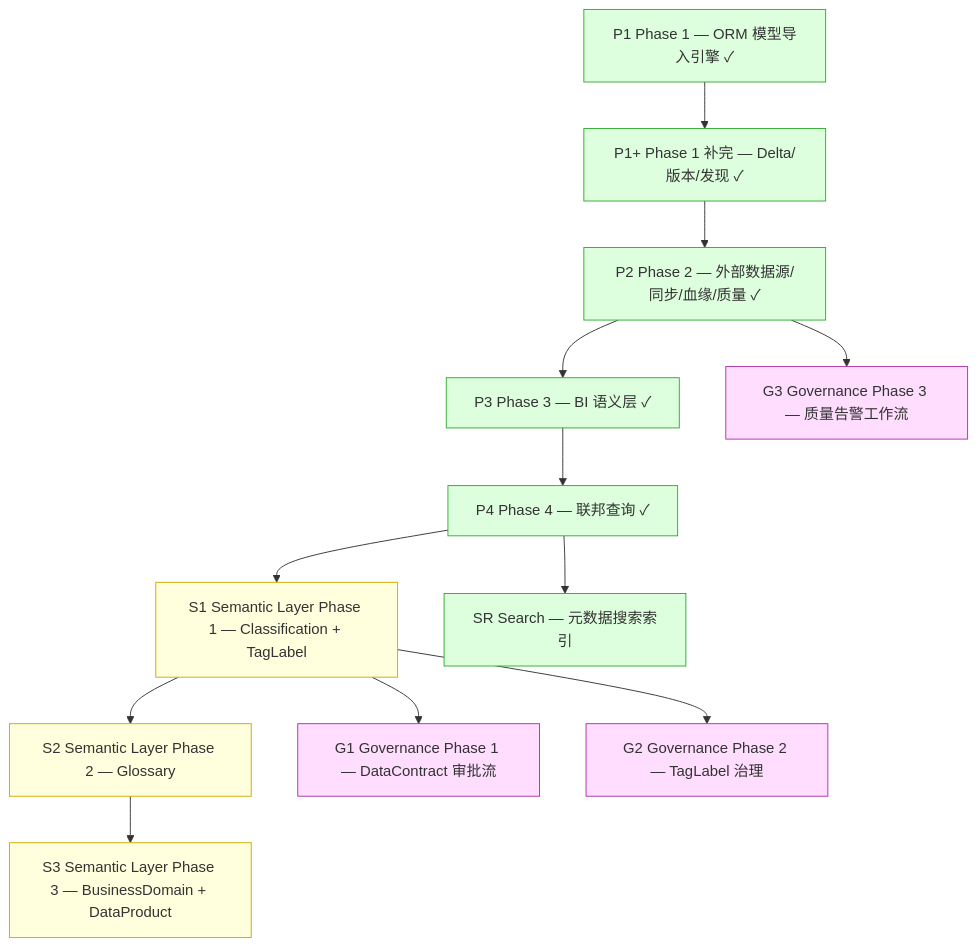
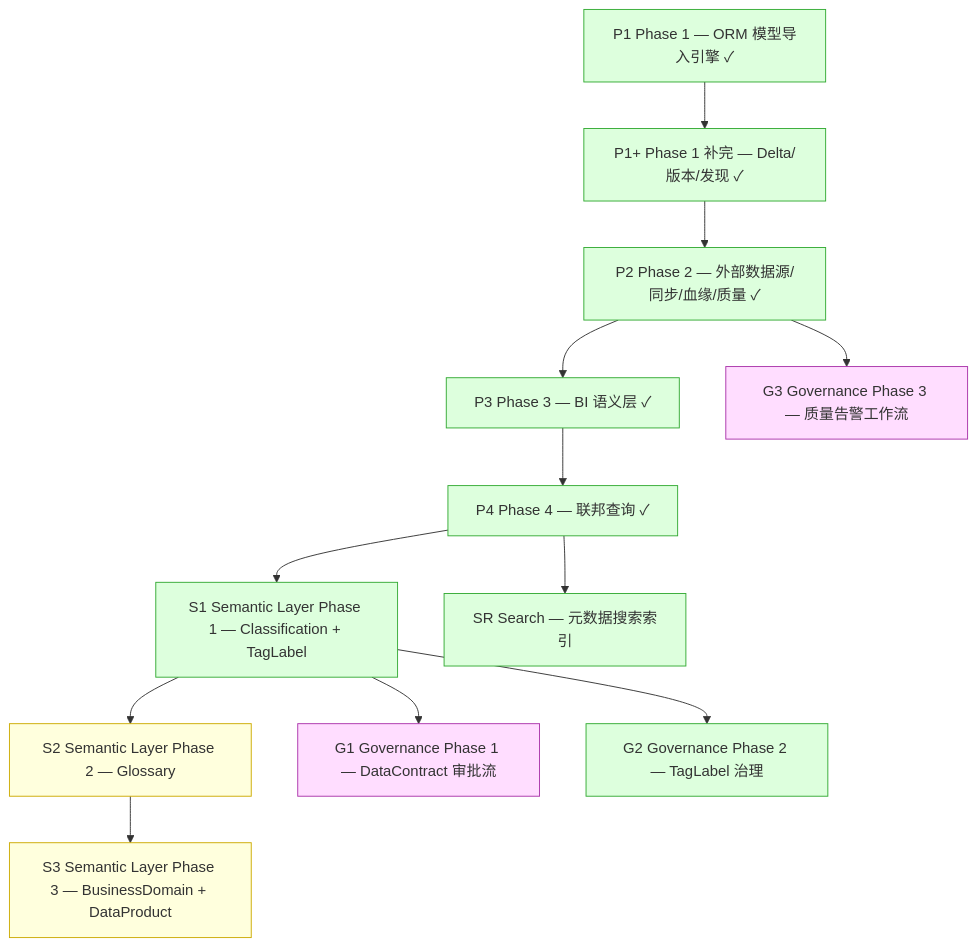
The diagram in ai-dev/design/nop-metadata/nop-metadata-roadmap.md (entropy-cloud/nop-entropy), drawn with Mermaid before and after one commit. The commit also changed other lines of this file and 7 other files, not shown here.

````diff
--- a/ai-dev/design/nop-metadata/nop-metadata-roadmap.md
+++ b/ai-dev/design/nop-metadata/nop-metadata-roadmap.md
@@ -264,41 +266,41 @@
 ```mermaid
 graph TD
     P1["P1 Phase 1 — ORM 模型导入引擎 ✓"]
     P1P["P1+ Phase 1 补完 — Delta/版本/发现 ✓"]
     P2["P2 Phase 2 — 外部数据源/同步/血缘/质量 ✓"]
     P3["P3 Phase 3 — BI 语义层 ✓"]
     P4["P4 Phase 4 — 联邦查询 ✓"]
     S1["S1 Semantic Layer Phase 1 — Classification + TagLabel"]
     S2["S2 Semantic Layer Phase 2 — Glossary"]
     S3["S3 Semantic Layer Phase 3 — BusinessDomain + DataProduct"]
     G1["G1 Governance Phase 1 — DataContract 审批流"]
     G2["G2 Governance Phase 2 — TagLabel 治理"]
     G3["G3 Governance Phase 3 — 质量告警工作流"]
     SR["SR Search — 元数据搜索索引"]
 
     P1 --> P1P
     P1P --> P2
     P2 --> P3
     P3 --> P4
 
     P4 --> S1
     P4 --> SR
     S1 --> S2
     S1 --> G1
     S1 --> G2
     S2 --> S3
     P2 --> G3
 
     style P1 fill:#dfd,stroke:#3a3
     style P1P fill:#dfd,stroke:#3a3
     style P2 fill:#dfd,stroke:#3a3
     style P3 fill:#dfd,stroke:#3a3
     style P4 fill:#dfd,stroke:#3a3
-    style S1 fill:#ffd,stroke:#ca0
+    style S1 fill:#dfd,stroke:#3a3
     style S2 fill:#ffd,stroke:#ca0
     style S3 fill:#ffd,stroke:#ca0
     style G1 fill:#fdf,stroke:#a3a
-    style G2 fill:#fdf,stroke:#a3a
+    style G2 fill:#dfd,stroke:#3a3
     style G3 fill:#fdf,stroke:#a3a
     style SR fill:#dfd,stroke:#3a3
 ```
````
